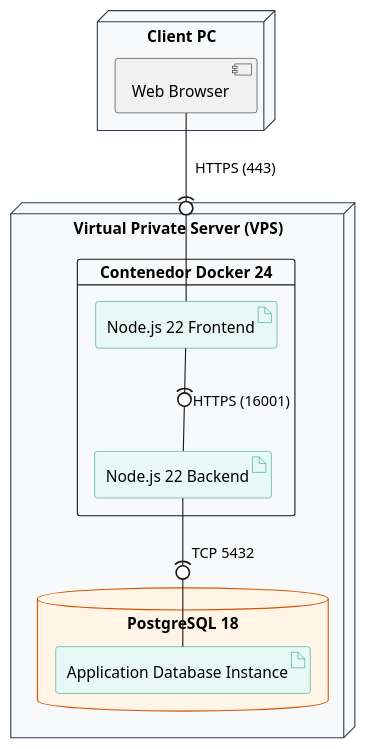
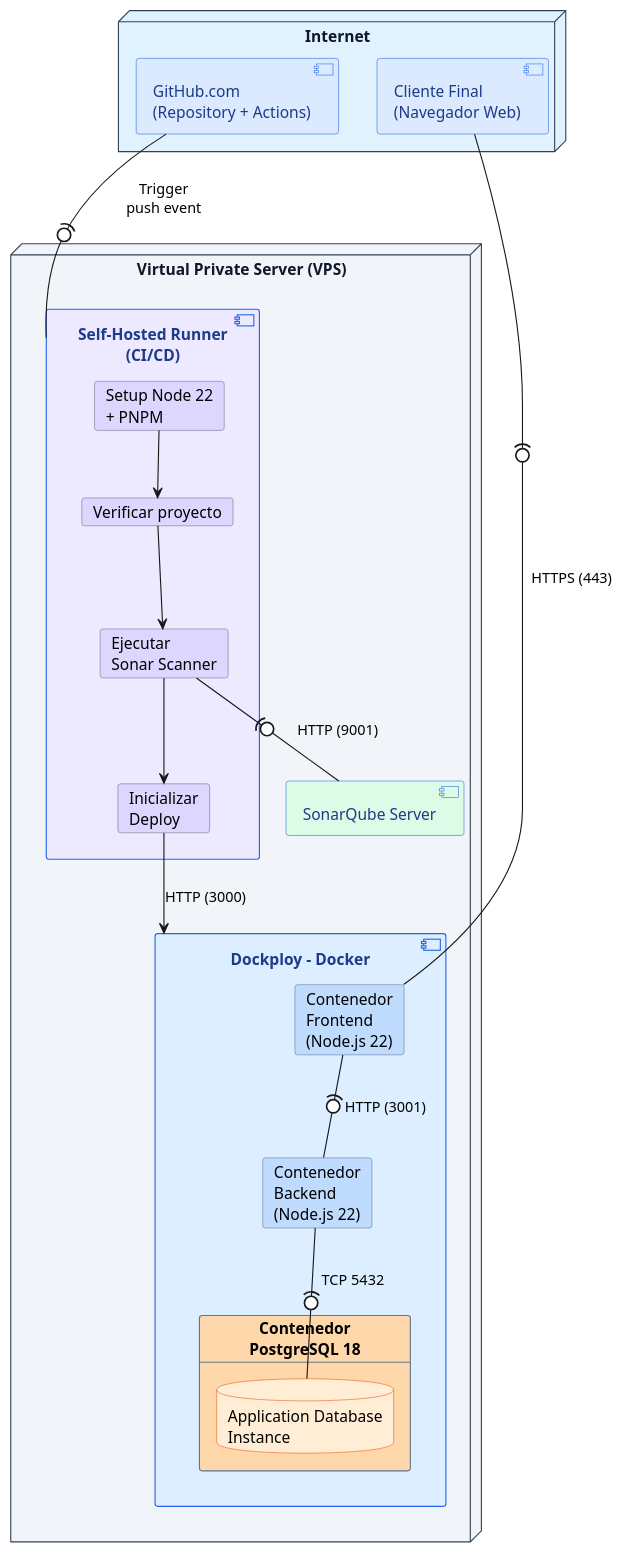
The diagram in docs/diagrams/uml/structural-diagrams/deployment/Diagrama de Despliegue - EthosPlatform.puml (JunixOs/EthosPlatform), drawn with PlantUML before and after one commit. The commit also changed 10 other files, not shown here.

Commit message:
docs(05-deployment, 06-decisions): Añade documentos y diagramas de despligue. Añade ADR 018-022

```diff
--- a/docs/diagrams/uml/structural-diagrams/deployment/Diagrama de Despliegue - EthosPlatform.puml
+++ b/docs/diagrams/uml/structural-diagrams/deployment/Diagrama de Despliegue - EthosPlatform.puml
@@ -1,44 +1,109 @@
-@startuml Diagrama-Despliegue-v1-EthosPlatform
+@startuml Diagrama-Despliegue-EthosPlatform
 top to bottom direction
 
 skinparam shadowing false
 skinparam node {
-    BackgroundColor #F8F9FA
-    BorderColor #2C3E50
-}
-skinparam database {
-    BackgroundColor #FFF4E6
-    BorderColor #D35400
-}
-skinparam artifact {
-    BackgroundColor #E8F8F5
-    BorderColor #16A085
+    BackgroundColor #F8FAFC
+    BorderColor #334155
+    FontColor #0F172A
 }
 
-node "Client PC" as client {
-    component "Web Browser" as clientbrowser {
-        
+skinparam component {
+    BackgroundColor #EFF6FF
+    BorderColor #2563EB
+    FontColor #1E3A8A
+}
+
+skinparam card {
+    BackgroundColor #FFFFFF
+    BorderColor #64748B
+}
+
+skinparam artifact {
+    BackgroundColor #ECFDF5
+    BorderColor #059669
+}
+
+skinparam database {
+    BackgroundColor #FFF7ED
+    BorderColor #EA580C
+}
+
+
+' ===== Internet =====
+node "Internet" as client #E0F2FE {
+
+    component "GitHub.com\n(Repository + Actions)" as githubdotcom #DBEAFE {
+    }
+
+    component "Cliente Final\n(Navegador Web)" as clientbrowser #DBEAFE {
     }
 }
 
-node "Virtual Private Server (VPS)" as vps {
-    card "Contenedor Docker 24" {
-        artifact "Node.js 22 Frontend" as nodejsfrontend
 
-        artifact "Node.js 22 Backend" as nodejsbackend
-    }
+' ===== VPS =====
+node "Virtual Private Server (VPS)" as vps #F1F5F9 {
 
-    database "PostgreSQL 18" as postgresql {
-        artifact "Application Database Instance" as dbinstance1 {
+
+    component "Dockploy - Docker" as dockploydocker #DCEEFF {
+
+
+        card "Contenedor\nFrontend\n(Node.js 22)" as nodejsfrontend #BFDBFE {
+        }
+
+
+        card "Contenedor\nBackend\n(Node.js 22)" as nodejsbackend #BFDBFE {
+        }
+
+
+        card "Contenedor\nPostgreSQL 18" as postgresql #FED7AA {
+
+            database "Application Database\nInstance" as dbinstance1 #FFEDD5 {
+            }
 
         }
     }
+
+
+    component "SonarQube Server" as sonarqubeserver #DCFCE7 {
+
+    }
+
+
+    component "Self-Hosted Runner\n(CI/CD)" as selfhostedrunner #EDE9FE {
+
+
+        card "Setup Node 22\n+ PNPM" as setupnodeandpnpm #DDD6FE
+
+        card "Verificar proyecto" as verifyproject #DDD6FE
+
+        card "Ejecutar\nSonar Scanner" as executesonnarscanner #DDD6FE
+
+        card "Inicializar\nDeploy" as initializedeploy #DDD6FE
+    }
 }
+
+
+' ===== Relaciones =====
 
 clientbrowser -(0- nodejsfrontend : "HTTPS (443)"
 
-nodejsfrontend -(0- nodejsbackend : "HTTPS (16001)"
+nodejsfrontend -(0- nodejsbackend : "HTTP (3001)"
 
 nodejsbackend -(0- dbinstance1 : "TCP 5432"
 
+
+githubdotcom -(0- selfhostedrunner : "Trigger\npush event"
+
+
+setupnodeandpnpm --> verifyproject
+verifyproject --> executesonnarscanner
+
+executesonnarscanner --> initializedeploy
+
+
+executesonnarscanner -(0- sonarqubeserver : "HTTP (9001)"
+
+initializedeploy --> dockploydocker : "HTTP (3000)"
+
 @enduml
```
